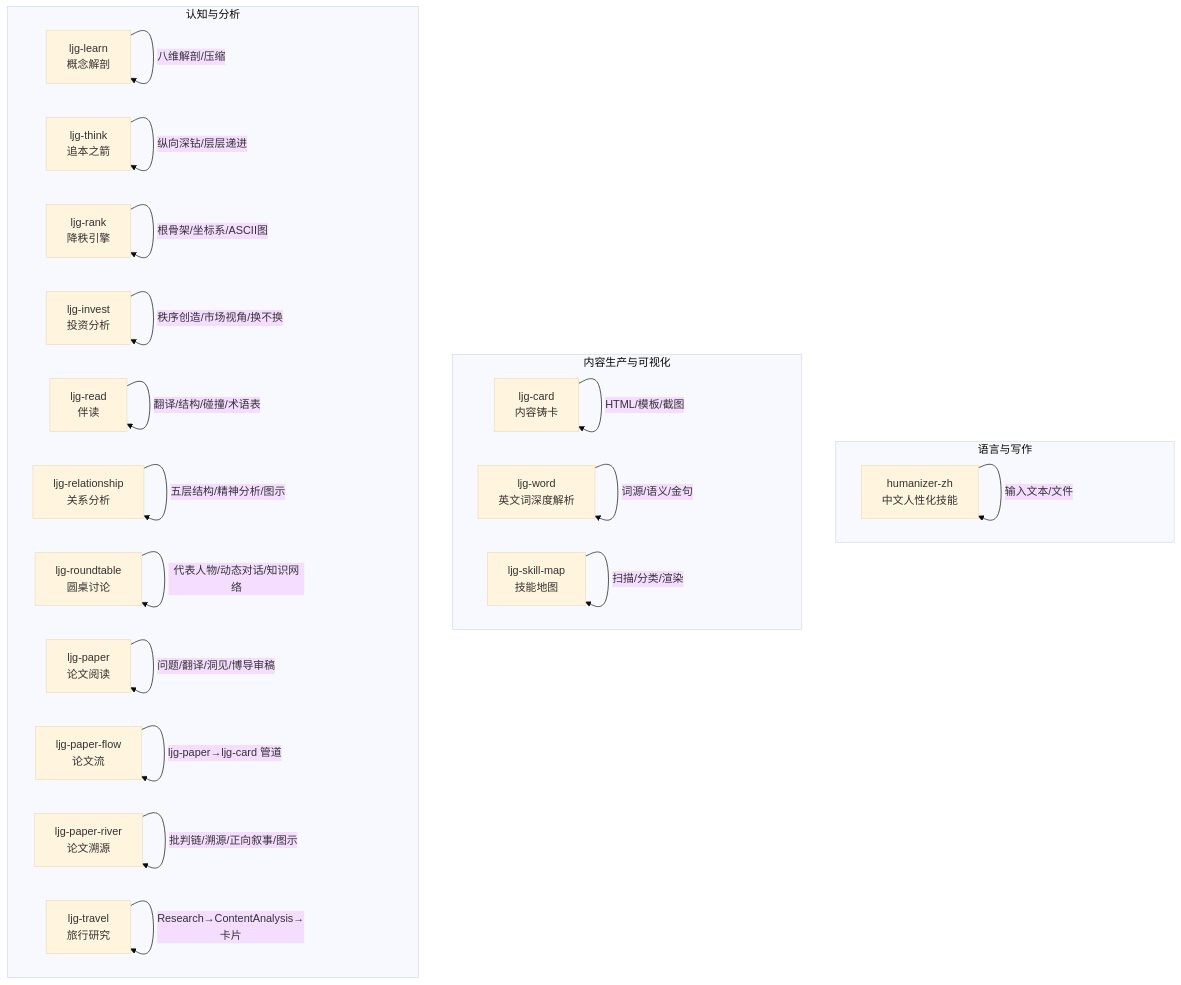
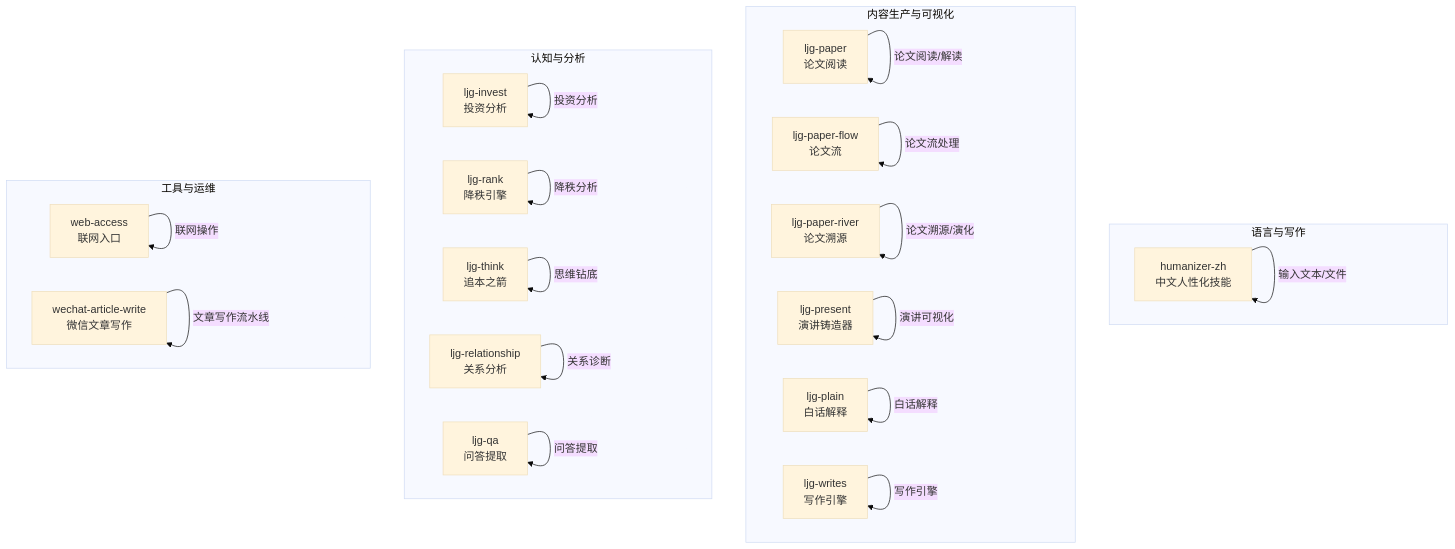
One commit to NTLx/ntlx.github.io changed the first of 12 diagrams in .qoder/repowiki/zh/content/AI 技能系统/专用技能.md. Above: the diagram before and after it, drawn with Mermaid (base theme). The commit also changed other lines of this file and 8 other files, not shown here.

````diff
--- a/.qoder/repowiki/zh/content/AI 技能系统/专用技能.md
+++ b/.qoder/repowiki/zh/content/AI 技能系统/专用技能.md
@@ -48,39 +56,39 @@
 ```mermaid
 graph TB
 subgraph "语言与写作"
 HZ["humanizer-zh<br/>中文人性化技能"]
 end
 subgraph "内容生产与可视化"
-CARD["ljg-card<br/>内容铸卡"]
-WORD["ljg-word<br/>英文词深度解析"]
-MAP["ljg-skill-map<br/>技能地图"]
+PAPER["ljg-paper<br/>论文阅读"]
+FLOW["ljg-paper-flow<br/>论文流"]
+RIVER["ljg-paper-river<br/>论文溯源"]
+PRESENT["ljg-present<br/>演讲铸造器"]
+PLAIN["ljg-plain<br/>白话解释"]
+WRITES["ljg-writes<br/>写作引擎"]
 end
 subgraph "认知与分析"
-LEARN["ljg-learn<br/>概念解剖"]
+INVEST["ljg-invest<br/>投资分析"]
+RANK["ljg-rank<br/>降秩引擎"]
 THINK["ljg-think<br/>追本之箭"]
-RANK["ljg-rank<br/>降秩引擎"]
-INVEST["ljg-invest<br/>投资分析"]
-READ["ljg-read<br/>伴读"]
 REL["ljg-relationship<br/>关系分析"]
-RT["ljg-roundtable<br/>圆桌讨论"]
-PAPER["ljg-paper<br/>论文阅读"]
-PFLOW["ljg-paper-flow<br/>论文流"]
-PR["ljg-paper-river<br/>论文溯源"]
-TRAVEL["ljg-travel<br/>旅行研究"]
+QA["ljg-qa<br/>问答提取"]
+end
+subgraph "工具与运维"
+WEB["web-access<br/>联网入口"]
+WECHAT["wechat-article-write<br/>微信文章写作"]
 end
 HZ --> |"输入文本/文件"| HZ
-CARD --> |"HTML/模板/截图"| CARD
-WORD --> |"词源/语义/金句"| WORD
-MAP --> |"扫描/分类/渲染"| MAP
-LEARN --> |"八维解剖/压缩"| LEARN
-THINK --> |"纵向深钻/层层递进"| THINK
-RANK --> |"根骨架/坐标系/ASCII图"| RANK
-INVEST --> |"秩序创造/市场视角/换不换"| INVEST
-READ --> |"翻译/结构/碰撞/术语表"| READ
-REL --> |"五层结构/精神分析/图示"| REL
-RT --> |"代表人物/动态对话/知识网络"| RT
-PAPER --> |"问题/翻译/洞见/博导审稿"| PAPER
-PFLOW --> |"ljg-paper→ljg-card 管道"| PFLOW
-PR --> |"批判链/溯源/正向叙事/图示"| PR
-TRAVEL --> |"Research→ContentAnalysis→卡片"| TRAVEL
+PAPER --> |"论文阅读/解读"| PAPER
+FLOW --> |"论文流处理"| FLOW
+RIVER --> |"论文溯源/演化"| RIVER
+PRESENT --> |"演讲可视化"| PRESENT
+PLAIN --> |"白话解释"| PLAIN
+WRITES --> |"写作引擎"| WRITES
+INVEST --> |"投资分析"| INVEST
+RANK --> |"降秩分析"| RANK
+THINK --> |"思维钻底"| THINK
+REL --> |"关系诊断"| REL
+QA --> |"问答提取"| QA
+WEB --> |"联网操作"| WEB
+WECHAT --> |"文章写作流水线"| WECHAT
 ```
````
